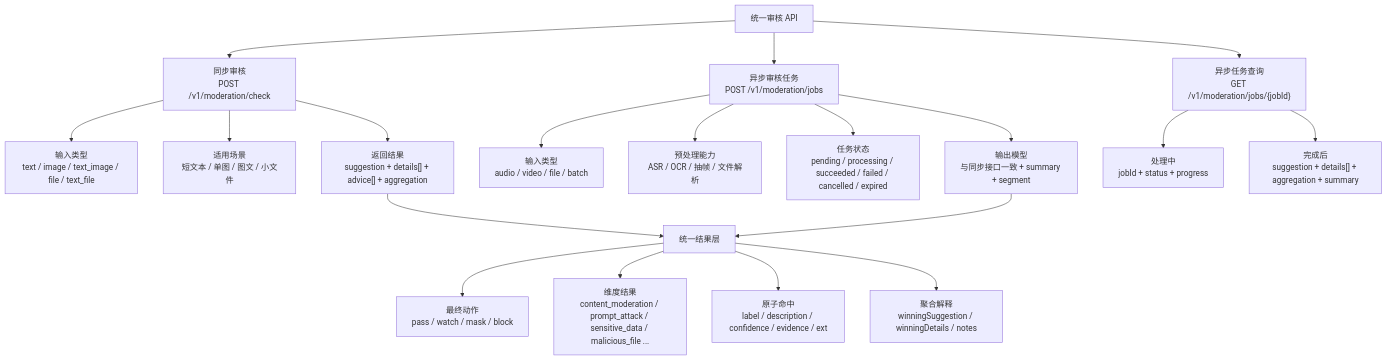
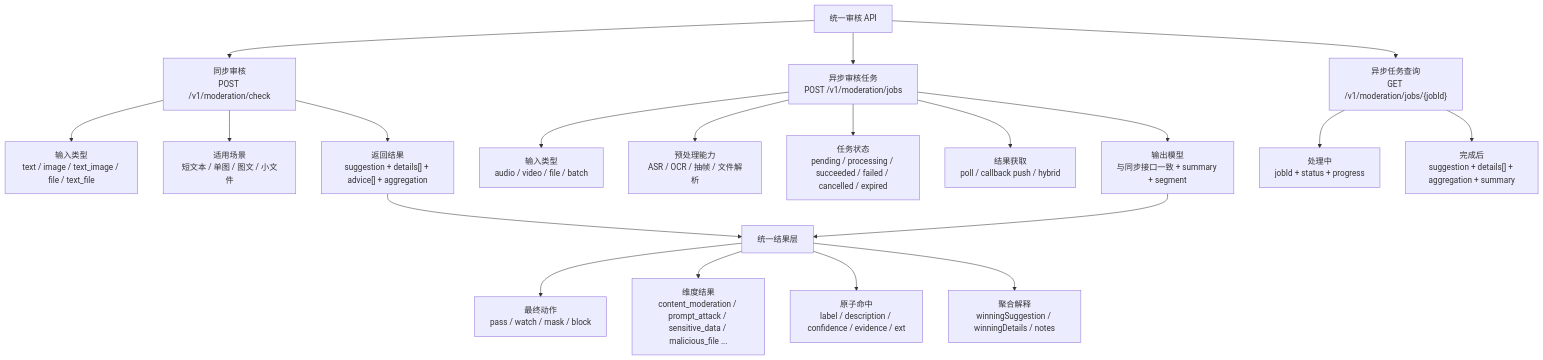
One commit to kelly557/content-review-platform changed the first of 8 diagrams in adreview-platform/docs/moderation-flow-diagrams.md. Above: the diagram before and after it, drawn with Mermaid. The commit also changed other lines of this file and 2 other files, not shown here.

First line of the commit message:
docs: 资源库路径对齐 /resources/* + 审核流程图补全

````diff
--- a/adreview-platform/docs/moderation-flow-diagrams.md
+++ b/adreview-platform/docs/moderation-flow-diagrams.md
@@ -7,25 +7,26 @@
 ```mermaid
 flowchart TD
     A["统一审核 API"] --> B["同步审核<br/>POST /v1/moderation/check"]
     A --> C["异步审核任务<br/>POST /v1/moderation/jobs"]
     A --> D["异步任务查询<br/>GET /v1/moderation/jobs/{jobId}"]
 
     B --> B1["输入类型<br/>text / image / text_image / file / text_file"]
     B --> B2["适用场景<br/>短文本 / 单图 / 图文 / 小文件"]
     B --> B3["返回结果<br/>suggestion + details[] + advice[] + aggregation"]
 
     C --> C1["输入类型<br/>audio / video / file / batch"]
     C --> C2["预处理能力<br/>ASR / OCR / 抽帧 / 文件解析"]
     C --> C3["任务状态<br/>pending / processing / succeeded / failed / cancelled / expired"]
+    C --> C5["结果获取<br/>poll / callback push / hybrid"]
     C --> C4["输出模型<br/>与同步接口一致 + summary + segment"]
 
     D --> D1["处理中<br/>jobId + status + progress"]
     D --> D2["完成后<br/>suggestion + details[] + aggregation + summary"]
 
     B3 --> E["统一结果层"]
     C4 --> E
     E --> E1["最终动作<br/>pass / watch / mask / block"]
     E --> E2["维度结果<br/>content_moderation / prompt_attack / sensitive_data / malicious_file ..."]
     E --> E3["原子命中<br/>label / description / confidence / evidence / ext"]
     E --> E4["聚合解释<br/>winningSuggestion / winningDetails / notes"]
 ```
````
